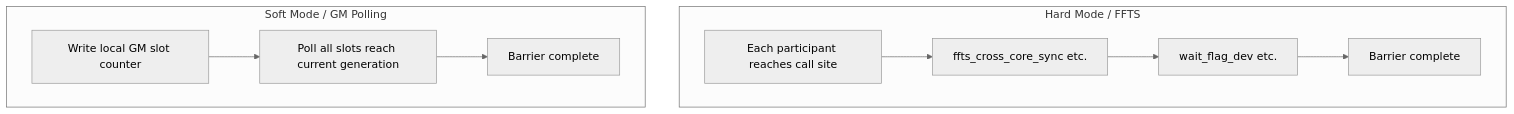
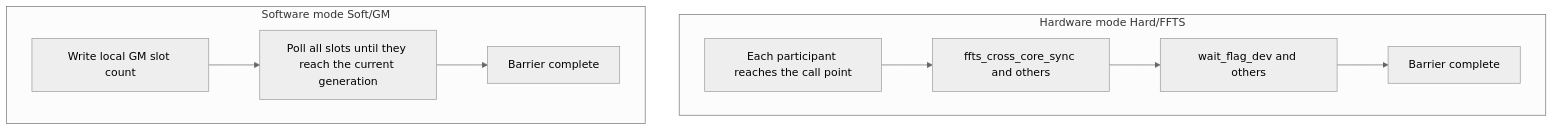
One commit to zouzias/pto-isa-mirror changed the diagram in docs/isa/SYNCALL.md. Above: the diagram before and after it, drawn with Mermaid (neutral theme). The commit also changed other lines of this file and 152 other files, not shown here.

````diff
--- a/docs/isa/SYNCALL.md
+++ b/docs/isa/SYNCALL.md
@@ -9,12 +11,12 @@
 ```mermaid
 flowchart TB
-  subgraph hard [Hard Mode / FFTS]
-    H1[Each participant reaches call site] --> H2[ffts_cross_core_sync etc.]
-    H2 --> H3[wait_flag_dev etc.]
+  subgraph hard [Hardware mode Hard/FFTS]
+    H1[Each participant reaches the call point] --> H2[ffts_cross_core_sync and others]
+    H2 --> H3[wait_flag_dev and others]
     H3 --> H4[Barrier complete]
   end
-  subgraph soft [Soft Mode / GM Polling]
-    S1[Write local GM slot counter] --> S2[Poll all slots reach current generation]
+  subgraph soft [Software mode Soft/GM]
+    S1[Write local GM slot count] --> S2[Poll all slots until they reach the current generation]
     S2 --> S3[Barrier complete]
   end
 ```
````
